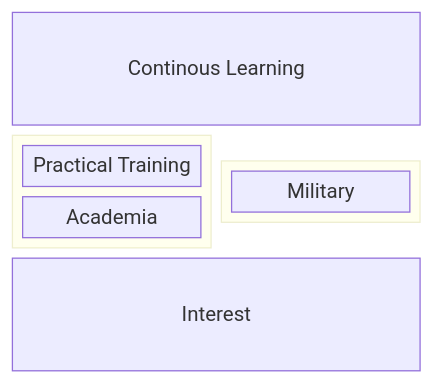
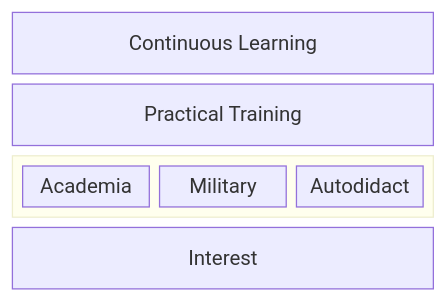
The second of 4 diagrams in content/part-1/introduction/the-threathunter-persona.md (rjohnsen/threathunting-book), drawn with Mermaid before and after one commit. The commit also changed other lines of this file, not shown here.

````diff
--- a/content/part-1/introduction/the-threathunter-persona.md
+++ b/content/part-1/introduction/the-threathunter-persona.md
@@ -65,14 +69,14 @@
 ```mermaid
 block-beta
-  columns 4
-  a["Continous Learning"]:4
-  block:academia:2
-   columns 1
-   b["Practical Training"]
-   c["Academia"]
-  end
-  block:military:2
-   d["Military"]
-  end
-  e["Interest"]:4
+ columns 6
+
+ CL["Continuous Learning"]:6
+ PT["Practical Training"]:6
+
+ block:learning:6
+  Academia
+  Military
+  Autodidact
+ end
+ f["Interest"]:6
 ```
````
